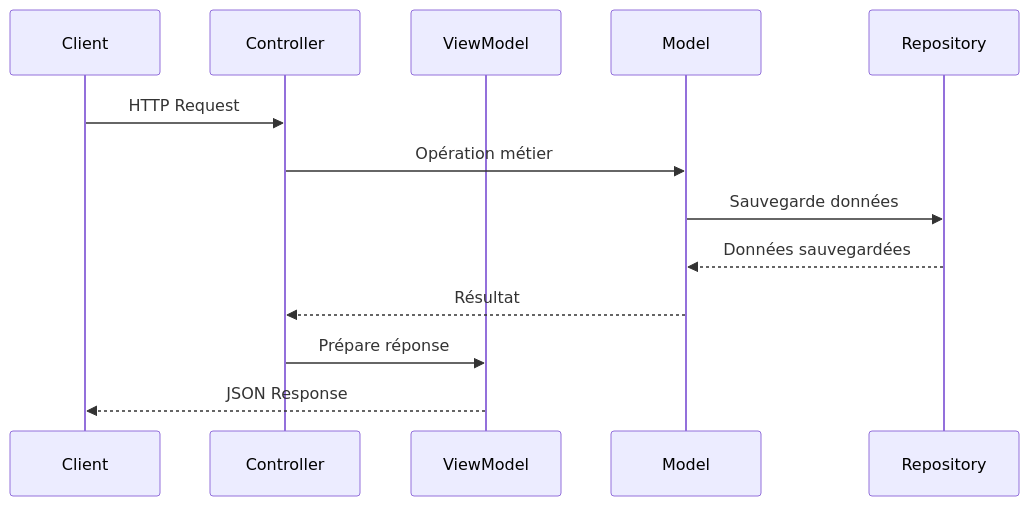
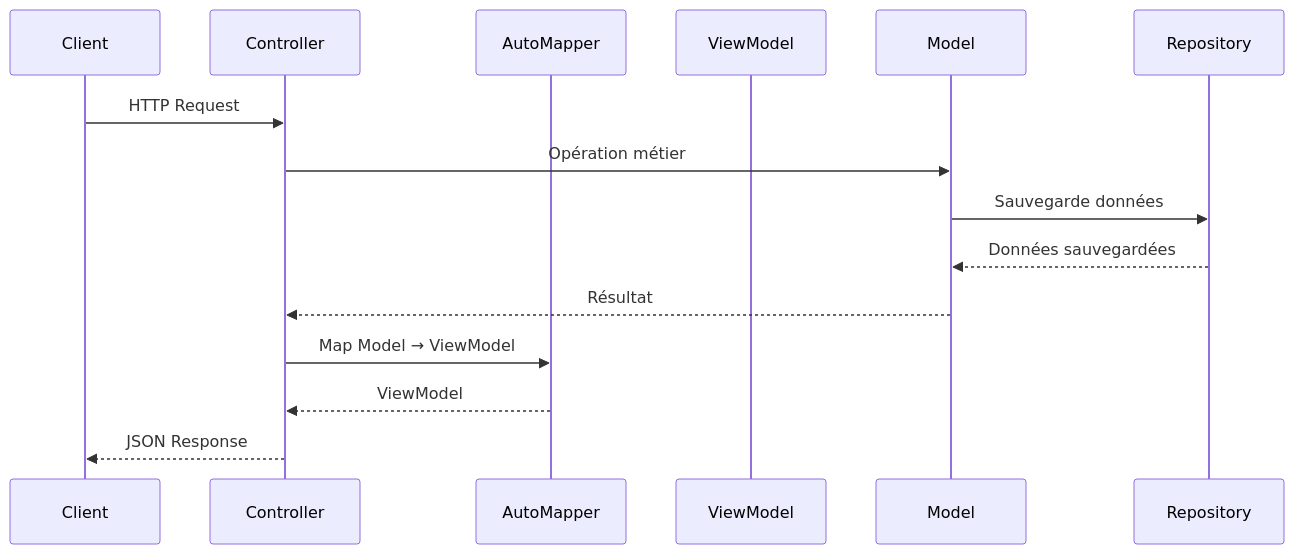
Before and after one commit to EL-R1/BankingKata-MVC: the second of 2 diagrams in README.md, drawn with Mermaid. The commit also changed other lines of this file, not shown here.

First line of the commit message:
docs: update README to reflect current architecture

````diff
--- a/README.md
+++ b/README.md
@@ -85,16 +130,18 @@
 ```mermaid
 sequenceDiagram
     participant Client
     participant Controller
+    participant Mapper as AutoMapper
     participant ViewModel
     participant Model
     participant Repository
 
     Client->>Controller: HTTP Request
     Controller->>Model: Opération métier
     Model->>Repository: Sauvegarde données
     Repository-->>Model: Données sauvegardées
     Model-->>Controller: Résultat
-    Controller->>ViewModel: Prépare réponse
-    ViewModel-->>Client: JSON Response
+    Controller->>Mapper: Map Model → ViewModel
+    Mapper-->>Controller: ViewModel
+    Controller-->>Client: JSON Response
 ```
````
